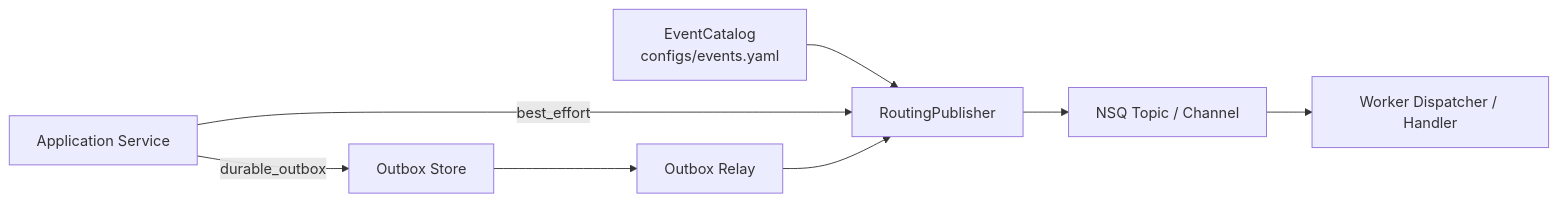
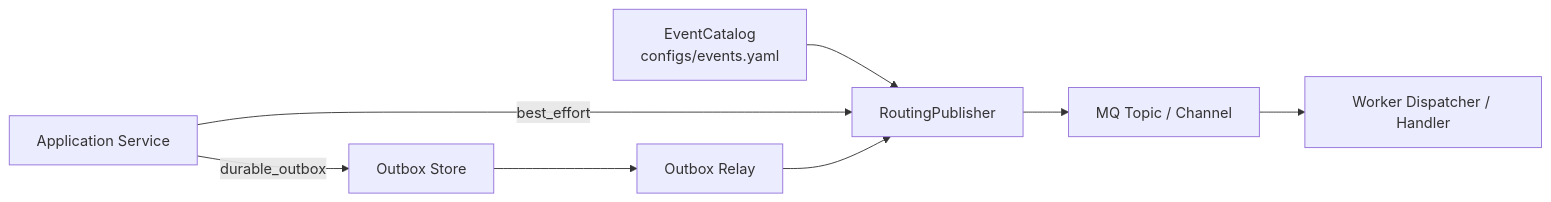
One commit to FangcunMount/qs-server changed the fifth of 8 diagrams in docs/06-宣讲/09-30分钟技术分享脚本.md. Above: the diagram before and after it, drawn with Mermaid. The commit also changed other lines of this file and 25 other files, not shown here.

````diff
--- a/docs/06-宣讲/09-30分钟技术分享脚本.md
+++ b/docs/06-宣讲/09-30分钟技术分享脚本.md
@@ -346,15 +378,15 @@
 ```mermaid
 flowchart LR
     App["Application Service"]
     Catalog["EventCatalog<br/>configs/events.yaml"]
     Publisher["RoutingPublisher"]
     Outbox["Outbox Store"]
     Relay["Outbox Relay"]
-    NSQ["NSQ Topic / Channel"]
+    MQ["MQ Topic / Channel"]
     Worker["Worker Dispatcher / Handler"]
 
     Catalog --> Publisher
     App -->|best_effort| Publisher
     App -->|durable_outbox| Outbox --> Relay --> Publisher
-    Publisher --> NSQ --> Worker
+    Publisher --> MQ --> Worker
 ```
````
